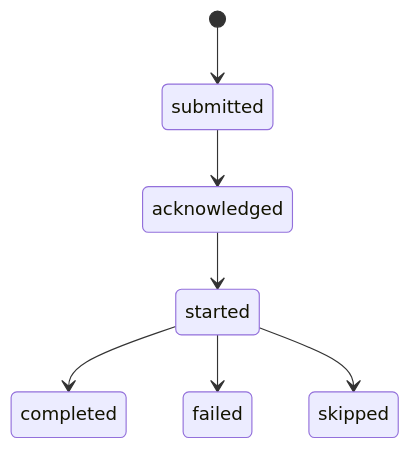
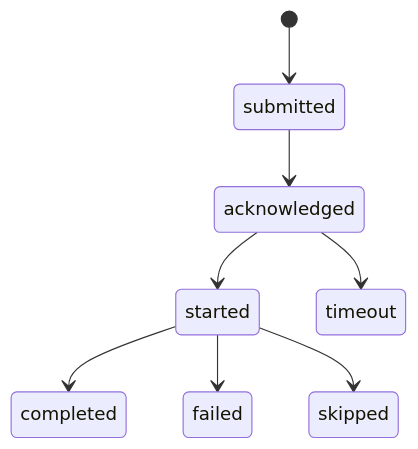
One commit to osapi-io/osapi changed the second of 3 diagrams in docs/docs/sidebar/architecture/job-architecture.md. Above: the diagram before and after it, drawn with Mermaid. The commit also changed other lines of this file and 465 other files, not shown here.

````diff
--- a/docs/docs/sidebar/architecture/job-architecture.md
+++ b/docs/docs/sidebar/architecture/job-architecture.md
@@ -239,9 +239,10 @@
 ```mermaid
 stateDiagram-v2
     [*] --> submitted
     submitted --> acknowledged
     acknowledged --> started
     started --> completed
     started --> failed
     started --> skipped
+    acknowledged --> timeout
 ```
````
